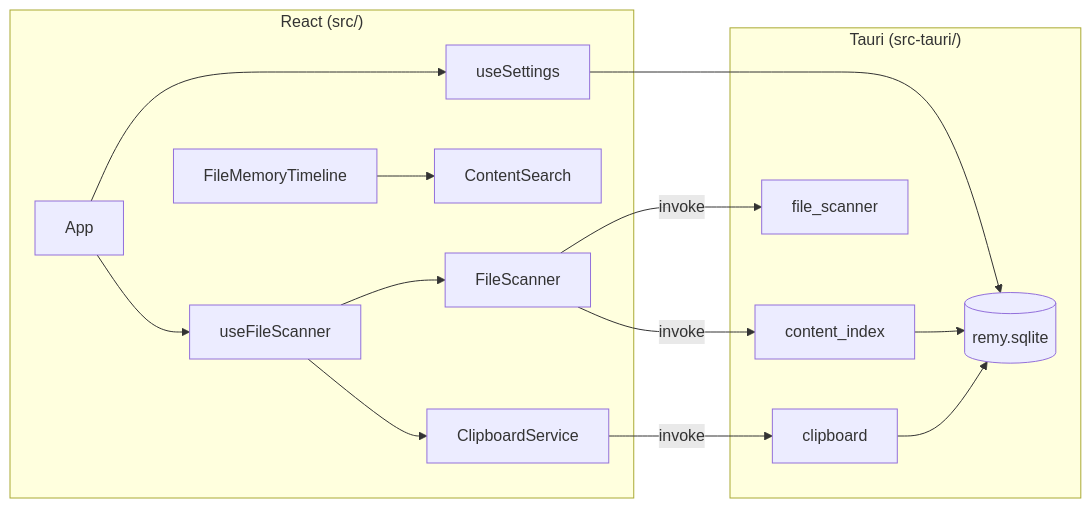
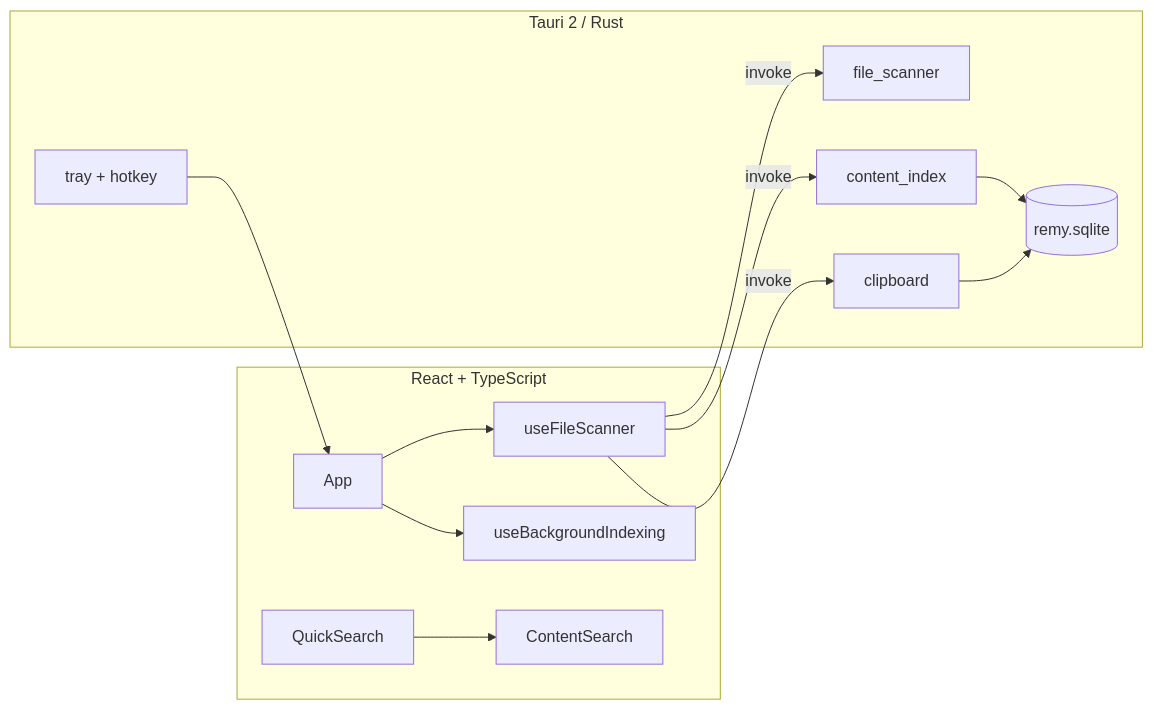
The diagram in README.md (nazar7755/Remy), drawn with Mermaid before and after one commit. The commit also changed other lines of this file, not shown here.

````diff
--- a/README.md
+++ b/README.md
@@ -113,24 +121,23 @@
 ```mermaid
 flowchart LR
-  subgraph UI["React (src/)"]
-    App --> useSettings
+  subgraph UI["React + TypeScript"]
     App --> useFileScanner
-    useFileScanner --> FileScanner
-    useFileScanner --> ClipboardService
-    FileMemoryTimeline --> ContentSearch
+    App --> useBackgroundIndexing
+    QuickSearch --> ContentSearch
   end
 
-  subgraph Rust["Tauri (src-tauri/)"]
+  subgraph Rust["Tauri 2 / Rust"]
     FS[file_scanner]
     CI[content_index]
     CB[clipboard]
+    Tray[tray + hotkey]
     DB[(remy.sqlite)]
   end
 
-  FileScanner -->|invoke| FS
-  FileScanner -->|invoke| CI
-  ClipboardService -->|invoke| CB
+  useFileScanner -->|invoke| FS
+  useFileScanner -->|invoke| CI
+  useFileScanner -->|invoke| CB
+  CI --> DB
   CB --> DB
-  CI --> DB
-  useSettings --> DB
+  Tray --> App
 ```
````
